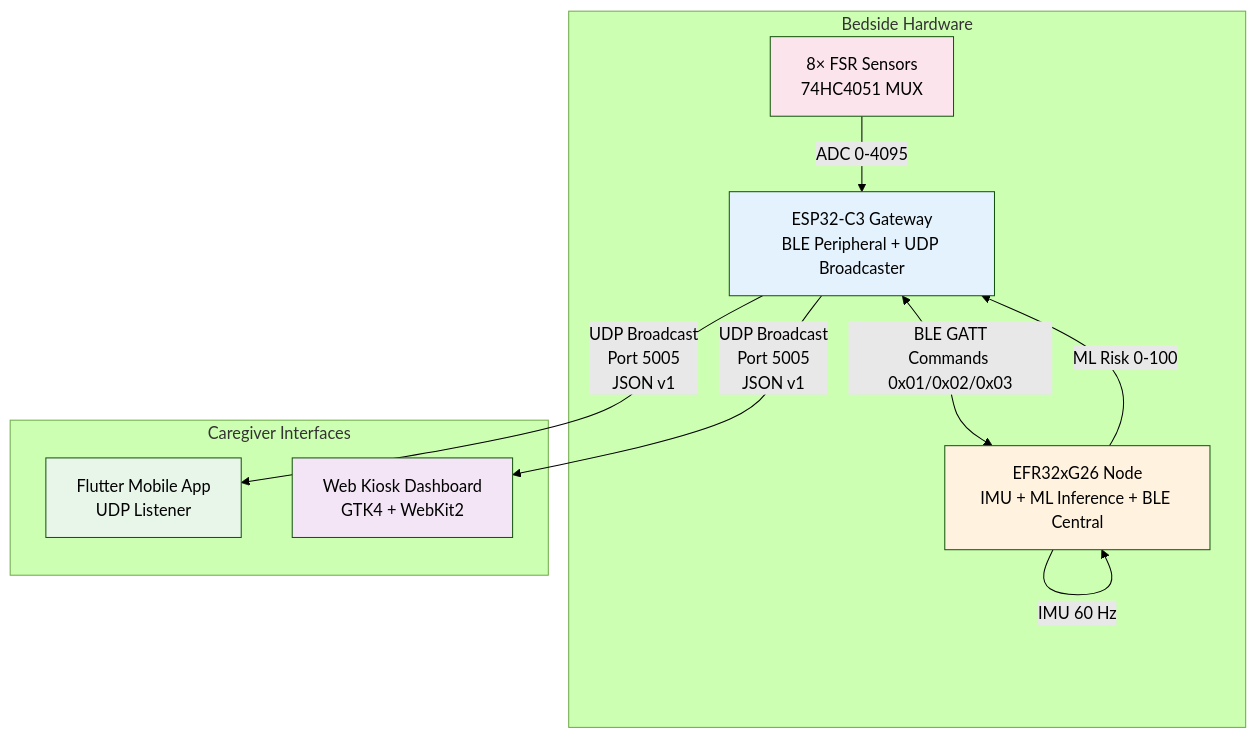
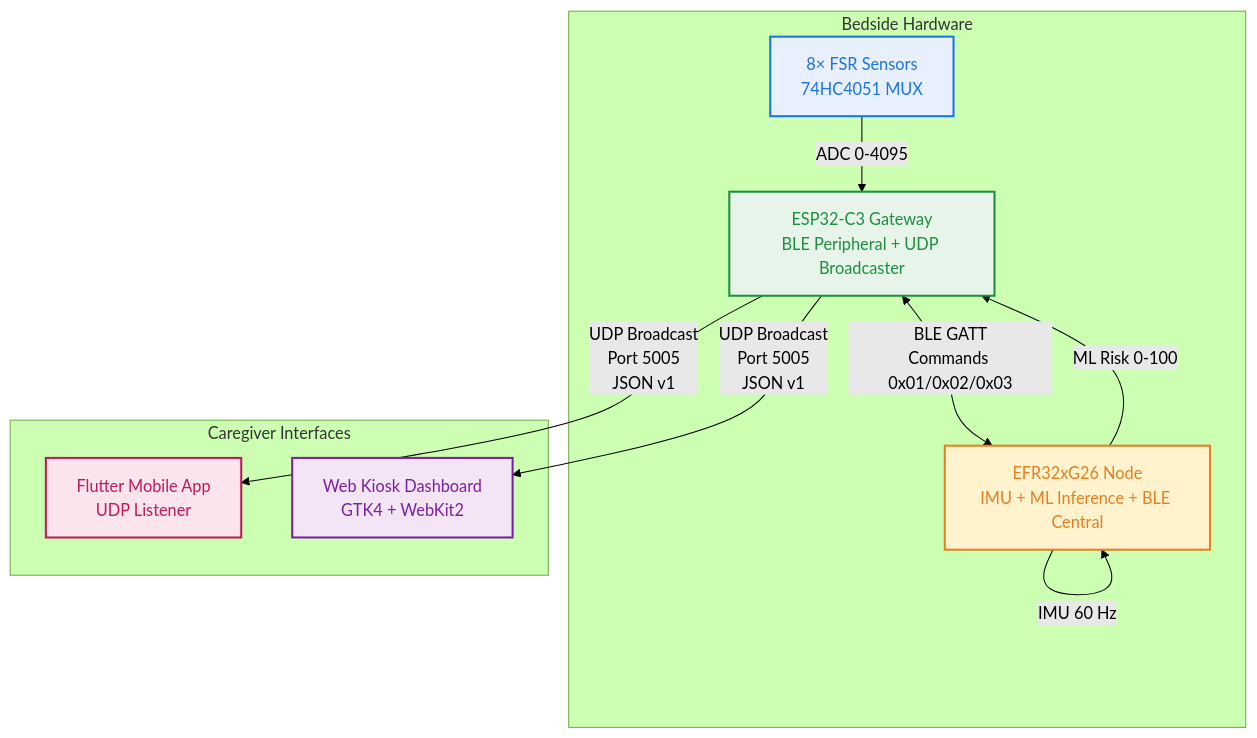
The diagram in README.md (abhishekdev572-glitch/icc-26-VitalS), drawn with Mermaid (forest theme) before and after one commit. The commit also changed 3 other files, not shown here.

````diff
--- a/README.md
+++ b/README.md
@@ -9,26 +9,26 @@
 ```mermaid
 graph TD
     subgraph Bed_Unit [Bedside Hardware]
         FSR[8× FSR Sensors\n74HC4051 MUX]
         ESP[ESP32-C3 Gateway\nBLE Peripheral + UDP Broadcaster]
         EFR[EFR32xG26 Node\nIMU + ML Inference + BLE Central]
     end
 
     subgraph Dashboards [Caregiver Interfaces]
         MOBILE[Flutter Mobile App\nUDP Listener]
         WEB[Web Kiosk Dashboard\nGTK4 + WebKit2]
     end
 
     FSR -->|ADC 0-4095| ESP
     ESP <-->|BLE GATT\nCommands 0x01/0x02/0x03| EFR
     EFR -->|IMU 60 Hz| EFR
     EFR -->|ML Risk 0-100| ESP
     ESP -->|UDP Broadcast\nPort 5005\nJSON v1| MOBILE
     ESP -->|UDP Broadcast\nPort 5005\nJSON v1| WEB
 
-    style FSR fill:#fce4ec
-    style ESP fill:#e3f2fd
-    style EFR fill:#fff3e0
-    style MOBILE fill:#e8f5e9
-    style WEB fill:#f3e5f5
+    style FSR fill:#e8f0fe,stroke:#1a73e8,stroke-width:2px,color:#1a73e8
+    style ESP fill:#e6f4ea,stroke:#1e8e3e,stroke-width:2px,color:#1e8e3e
+    style EFR fill:#fff3cd,stroke:#e67e22,stroke-width:2px,color:#e67e22
+    style MOBILE fill:#fce4ec,stroke:#c2185b,stroke-width:2px,color:#c2185b
+    style WEB fill:#f3e5f5,stroke:#7b1fa2,stroke-width:2px,color:#7b1fa2
 ```
````
